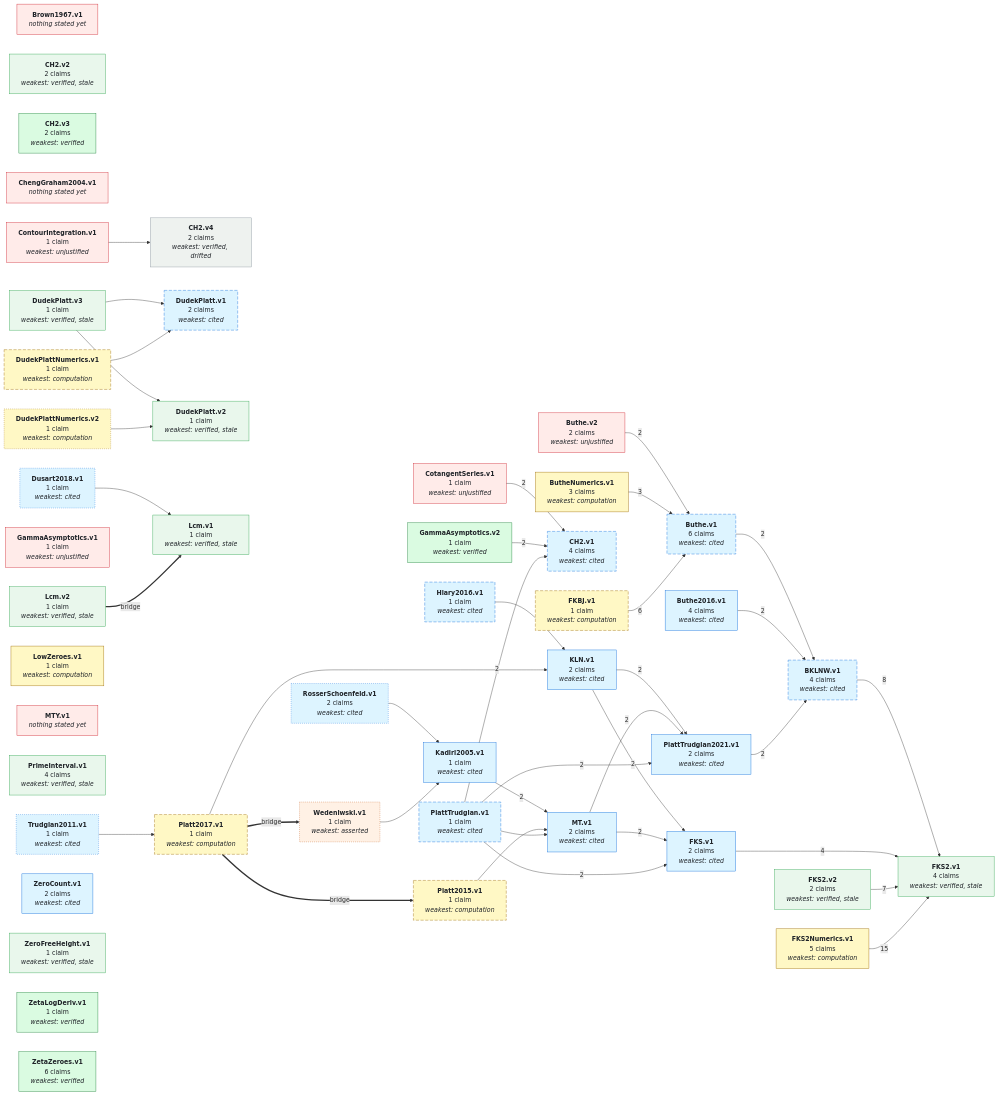
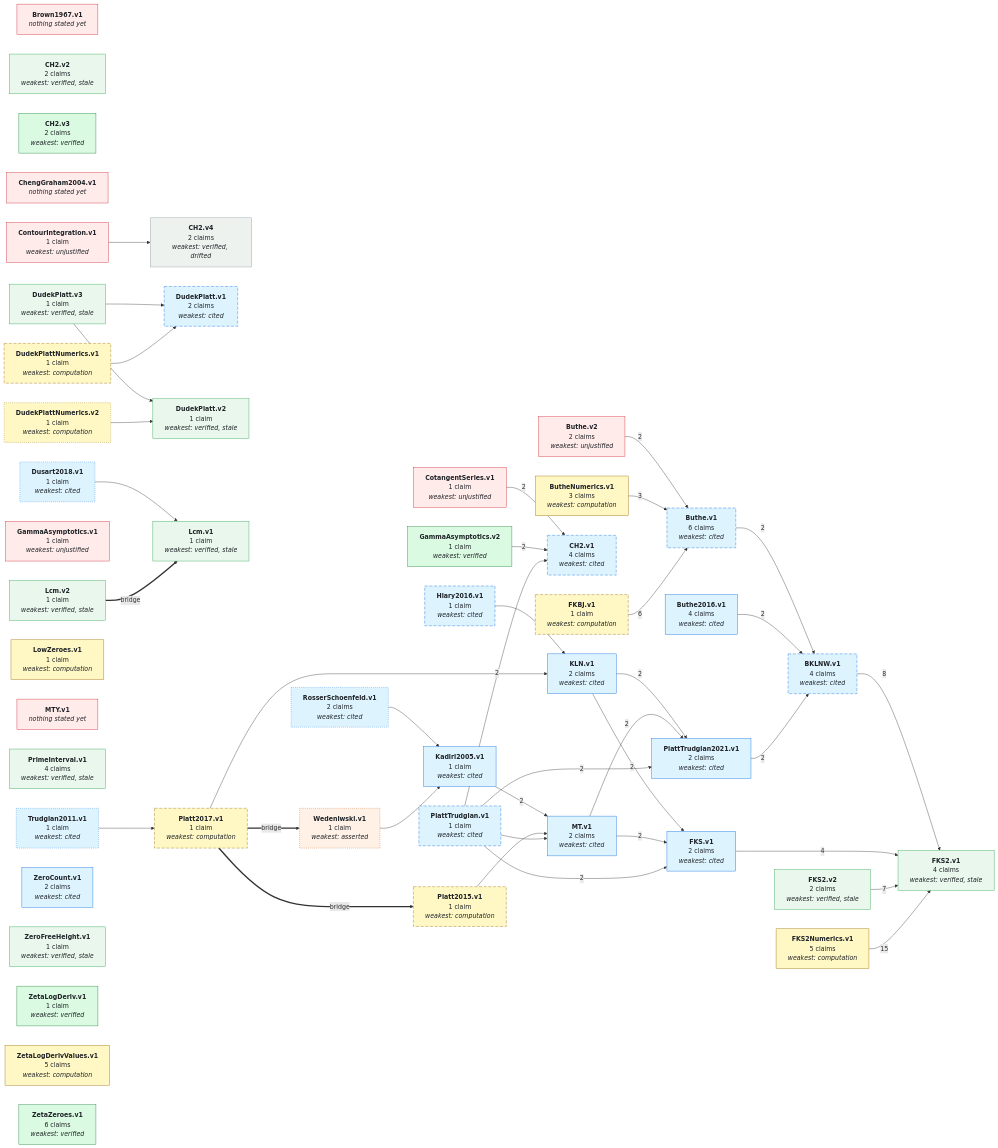
Before and after one commit to Chessing234/IEANTN: the first of 2 diagrams in GRAPH.md, drawn with Mermaid. The commit also changed other lines of this file and 8 other files, not shown here.

```diff
--- a/GRAPH.md
+++ b/GRAPH.md
@@ -97,6 +97,7 @@
   NZeroCount_v1["<b>ZeroCount.v1</b><br/>2 claims<br/><i>weakest: cited</i>"]
   NZeroFreeHeight_v1["<b>ZeroFreeHeight.v1</b><br/>1 claim<br/><i>weakest: verified, stale</i>"]
   NZetaLogDeriv_v1["<b>ZetaLogDeriv.v1</b><br/>1 claim<br/><i>weakest: verified</i>"]
+  NZetaLogDerivValues_v1["<b>ZetaLogDerivValues.v1</b><br/>5 claims<br/><i>weakest: computation</i>"]
   NZetaZeroes_v1["<b>ZetaZeroes.v1</b><br/>6 claims<br/><i>weakest: verified</i>"]
   NBKLNW_v1 -->|8| NFKS2_v1
   NButhe_v1 -->|2| NBKLNW_v1
@@ -153,7 +154,7 @@
   class NCH2_v4 lean_comparator_drifted;
   class NWedeniwski_v1 asserted;
   class NBKLNW_v1,NButhe_v1,NButhe2016_v1,NCH2_v1,NDudekPlatt_v1,NDusart2018_v1,NFKS_v1,NHiary2016_v1,NKLN_v1,NKadiri2005_v1,NMT_v1,NPlattTrudgian_v1,NPlattTrudgian2021_v1,NRosserSchoenfeld_v1,NTrudgian2011_v1,NZeroCount_v1 literature;
-  class NButheNumerics_v1,NDudekPlattNumerics_v1,NDudekPlattNumerics_v2,NFKBJ_v1,NFKS2Numerics_v1,NLowZeroes_v1,NPlatt2015_v1,NPlatt2017_v1 numerical;
+  class NButheNumerics_v1,NDudekPlattNumerics_v1,NDudekPlattNumerics_v2,NFKBJ_v1,NFKS2Numerics_v1,NLowZeroes_v1,NPlatt2015_v1,NPlatt2017_v1,NZetaLogDerivValues_v1 numerical;
   class NCH2_v2,NDudekPlatt_v2,NDudekPlatt_v3,NFKS2_v1,NFKS2_v2,NLcm_v1,NLcm_v2,NPrimeInterval_v1,NZeroFreeHeight_v1 lean_comparator_stale;
   class NCH2_v3,NGammaAsymptotics_v2,NZetaLogDeriv_v1,NZetaZeroes_v1 lean_comparator;
   click NBKLNW_v1 href "https://github.com/teorth/IEANTN/blob/main/docs/nodes/BKLNW-v1.md" _blank
@@ -198,6 +199,7 @@
   click NZeroCount_v1 href "https://github.com/teorth/IEANTN/blob/main/docs/nodes/ZeroCount-v1.md" _blank
   click NZeroFreeHeight_v1 href "https://github.com/teorth/IEANTN/blob/main/docs/nodes/ZeroFreeHeight-v1.md" _blank
   click NZetaLogDeriv_v1 href "https://github.com/teorth/IEANTN/blob/main/docs/nodes/ZetaLogDeriv-v1.md" _blank
+  click NZetaLogDerivValues_v1 href "https://github.com/teorth/IEANTN/blob/main/docs/nodes/ZetaLogDerivValues-v1.md" _blank
   click NZetaZeroes_v1 href "https://github.com/teorth/IEANTN/blob/main/docs/nodes/ZetaZeroes-v1.md" _blank
   classDef lean_comparator fill:#dafbe1,stroke:#1a7f37,color:#1f2328;
   classDef lean_comparator_stale fill:#e9f7ec,stroke:#2da44e,color:#1f2328;
```
